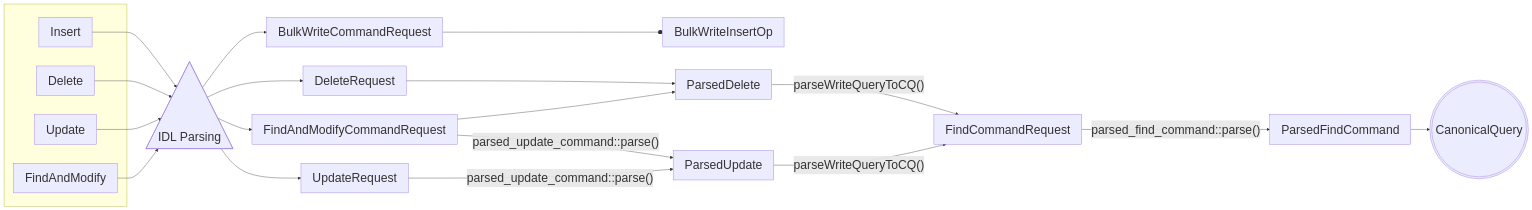
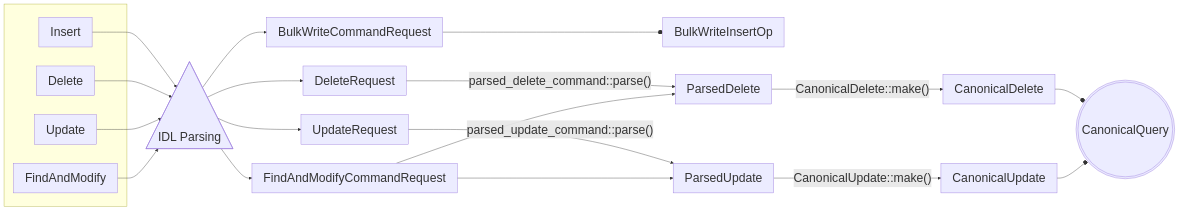
One commit to codacy-open-source-projects-scans/mongodb changed the third of 3 diagrams in src/mongo/db/commands/query_cmd/README.md. Above: the diagram before and after it, drawn with Mermaid. The commit also changed other lines of this file and 1097 other files, not shown here.

````diff
--- a/src/mongo/db/commands/query_cmd/README.md
+++ b/src/mongo/db/commands/query_cmd/README.md
@@ -356,30 +359,31 @@
 ```mermaid
 ---
 config:
   themeVariables:
     fontSize: 32px
 ---
 flowchart LR
  subgraph s3[" "]
         n6["Insert"]
         n7["Delete"]
         n8["Update"]
         n9["FindAndModify"]
   end
-    n11["FindCommandRequest"] -- "parsed_find_command::parse()" --> n13["ParsedFindCommand"]
-    n13 --> n17["CanonicalQuery"]
     n6 --> n31["IDL Parsing"]
     n7 --> n31
     n8 --> n31
     n9 --> n31
     n31 --> n32["BulkWriteCommandRequest"] & n34["DeleteRequest"] & n35["UpdateRequest"] & n39["FindAndModifyCommandRequest"]
     n32 --o n33["BulkWriteInsertOp"]
-    n34 --> n36["ParsedDelete"]
-    n39 & n35 -- "parsed_update_command::parse()" --> n37["ParsedUpdate"]
+    n34 -- "parsed_delete_command::parse()" --> n36["ParsedDelete"]
+    n35 -- "parsed_update_command::parse()" --> n37["ParsedUpdate"]
     n39 --> n36
-    n36 -- "parseWriteQueryToCQ()" --> n11
-    n37 -- "parseWriteQueryToCQ()" --> n11
+    n39 --> n37
+    n36 -- "CanonicalDelete::make()" --> n40["CanonicalDelete"]
+    n37 -- "CanonicalUpdate::make()" --> n41["CanonicalUpdate"]
+    n40 --o n17["CanonicalQuery"]
+    n41 --o n17
 
     n17@{ shape: dbl-circ}
     n31@{ shape: extract}
 ```
````
